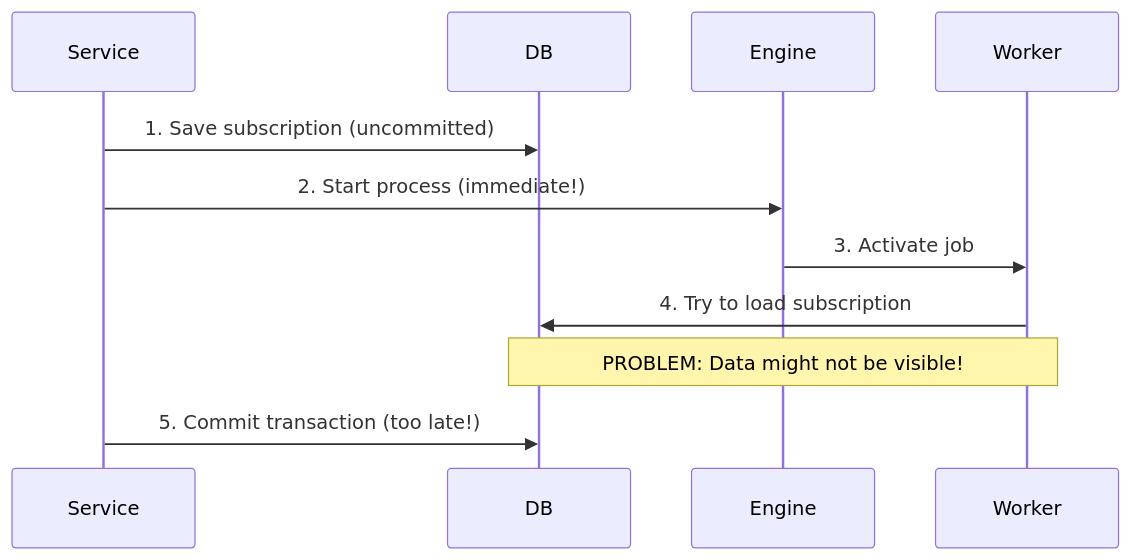
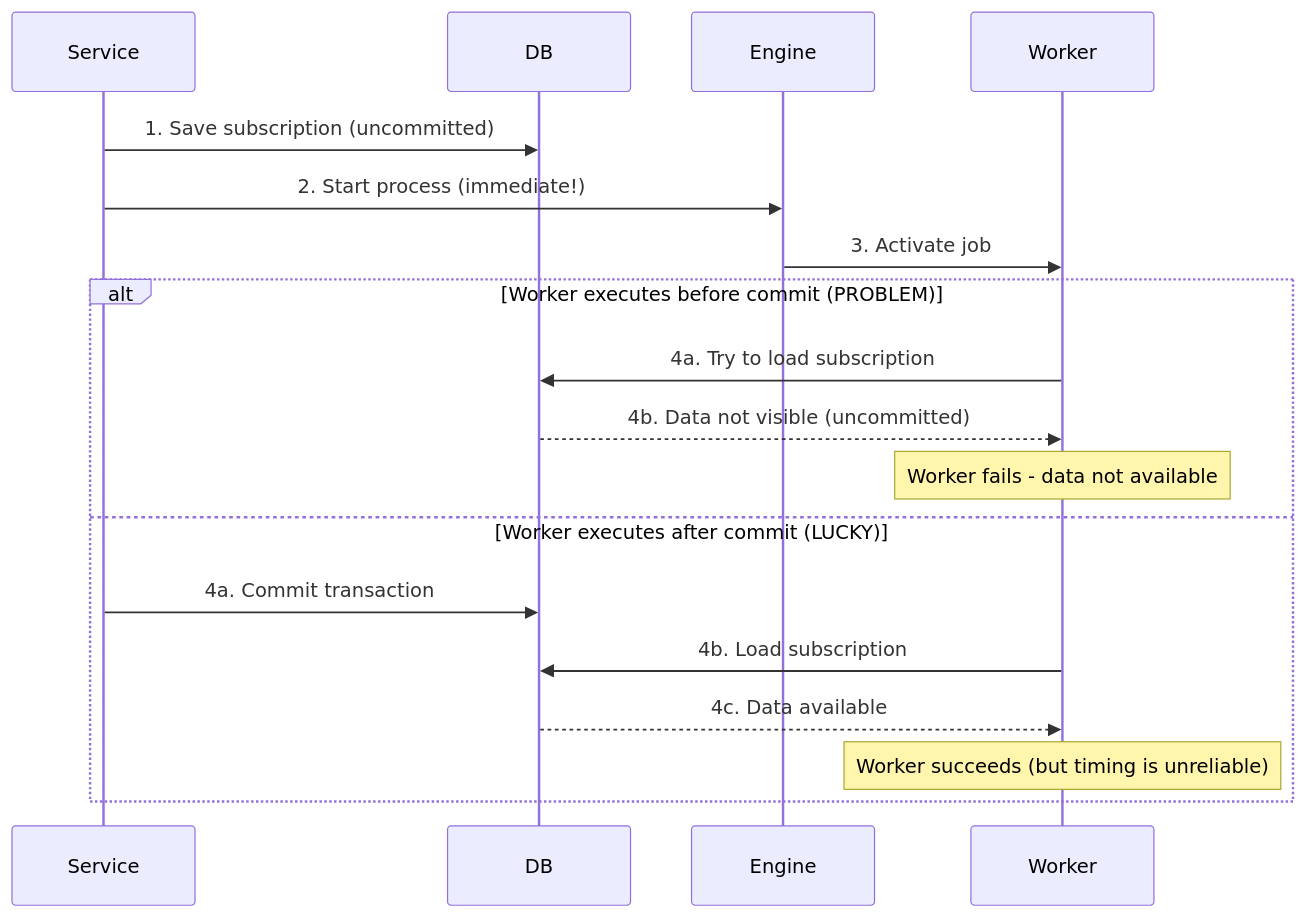
The diagram in examples/base-scenario/README.md (emaarco/distributed-horcruxes), drawn with Mermaid before and after one commit. The commit also changed 45 other files, not shown here.

````diff
--- a/examples/base-scenario/README.md
+++ b/examples/base-scenario/README.md
@@ -140,13 +140,22 @@
 ```mermaid
 sequenceDiagram
     participant Service
     participant DB
     participant Engine
     participant Worker
+
     Service ->> DB: 1. Save subscription (uncommitted)
     Service ->> Engine: 2. Start process (immediate!)
     Engine ->> Worker: 3. Activate job
-    Worker ->> DB: 4. Try to load subscription
-    Note over Worker,DB: PROBLEM: Data might not be visible!
-    Service ->> DB: 5. Commit transaction (too late!)
+
+    alt Worker executes before commit (PROBLEM)
+        Worker ->> DB: 4a. Try to load subscription
+        DB -->> Worker: 4b. Data not visible (uncommitted)
+        Note over Worker: Worker fails - data not available
+    else Worker executes after commit (LUCKY)
+        Service ->> DB: 4a. Commit transaction
+        Worker ->> DB: 4b. Load subscription
+        DB -->> Worker: 4c. Data available
+        Note over Worker: Worker succeeds (but timing is unreliable)
+    end
 ```
````
